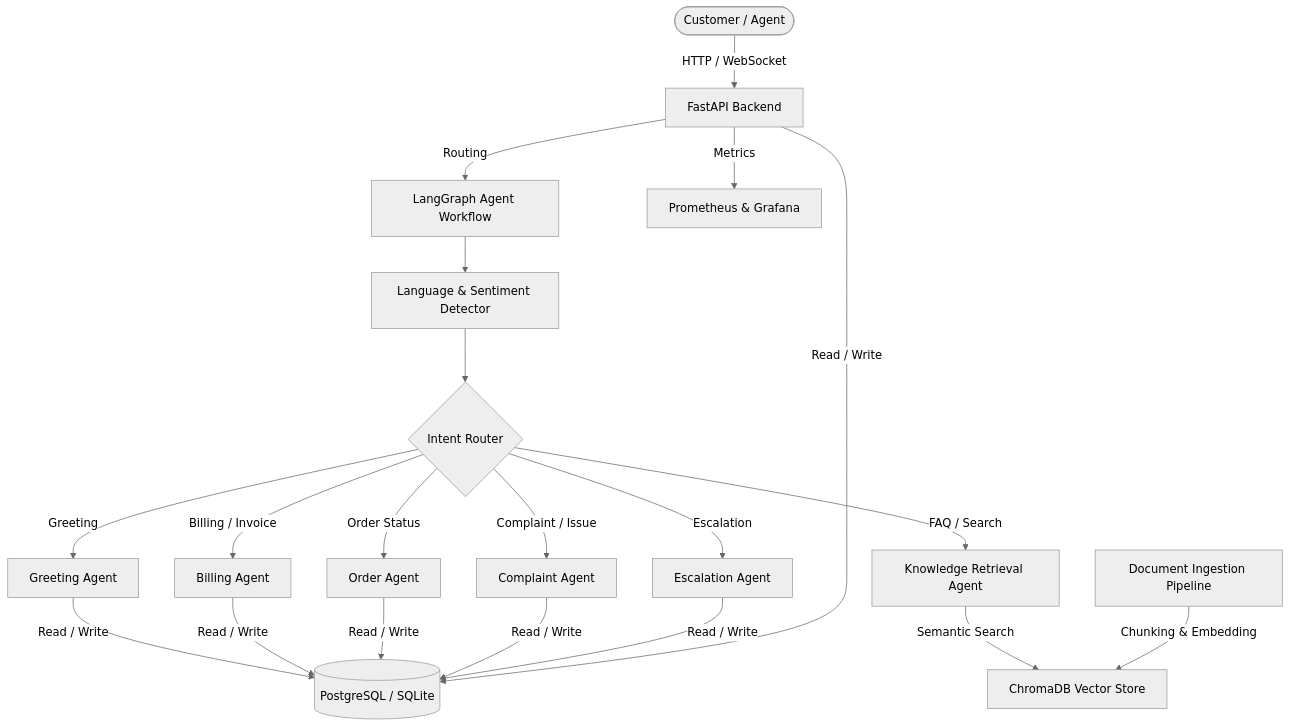
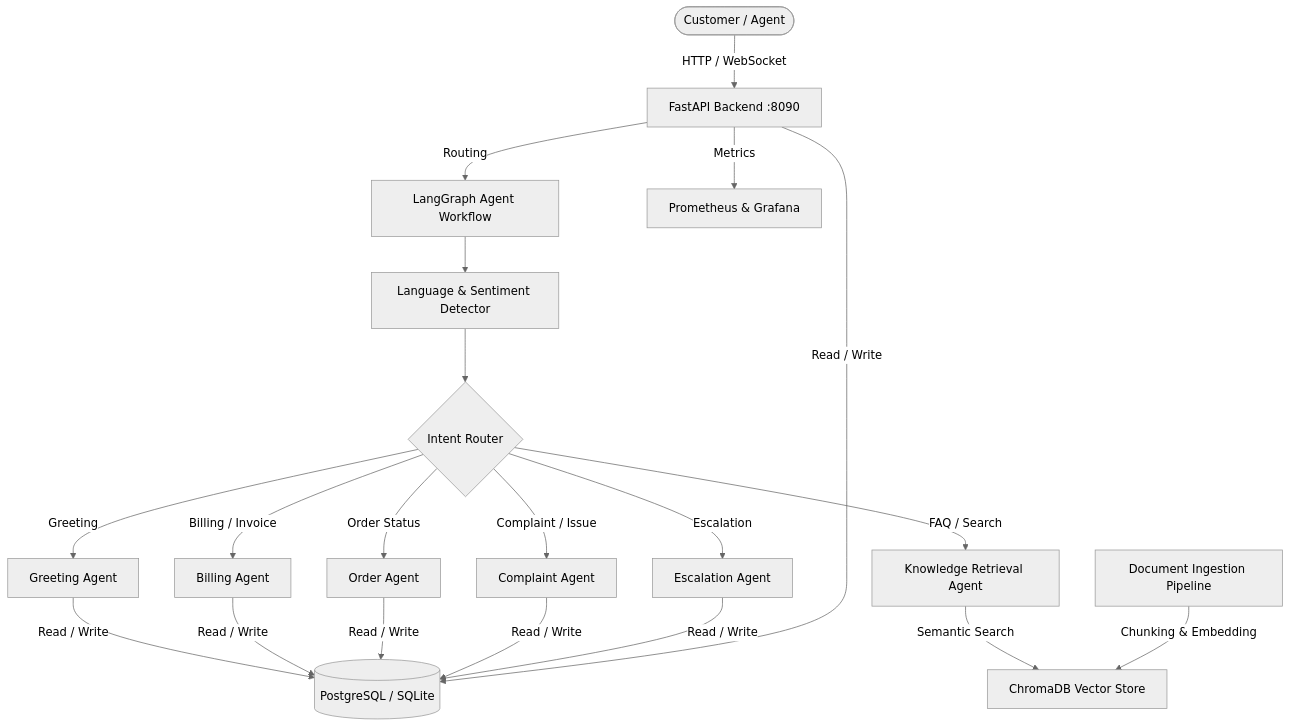
The diagram in README.md (mars01hash/Bangla-AI-Customer-Support), drawn with Mermaid (neutral theme) before and after one commit. The commit also changed other lines of this file and 24 other files, not shown here.

````diff
--- a/README.md
+++ b/README.md
@@ -9,26 +9,26 @@
 ```mermaid
 graph TD
-    User([Customer / Agent]) -->|HTTP / WebSocket| API[FastAPI Backend]
+    User([Customer / Agent]) -->|HTTP / WebSocket| API[FastAPI Backend :8090]
     API -->|Routing| Router[LangGraph Agent Workflow]
-    
+
     %% LangGraph Agents
     Router --> LanguageDetector[Language & Sentiment Detector]
     LanguageDetector --> RouteNode{Intent Router}
     RouteNode -->|Greeting| GreetingAgent[Greeting Agent]
     RouteNode -->|FAQ / Search| KnowledgeAgent[Knowledge Retrieval Agent]
     RouteNode -->|Billing / Invoice| BillingAgent[Billing Agent]
     RouteNode -->|Order Status| OrderAgent[Order Agent]
     RouteNode -->|Complaint / Issue| ComplaintAgent[Complaint Agent]
     RouteNode -->|Escalation| EscalationAgent[Escalation Agent]
-    
+
     %% Ingestion & Vector DB
     KnowledgeAgent -->|Semantic Search| Chroma[ChromaDB Vector Store]
     DocUpload[Document Ingestion Pipeline] -->|Chunking & Embedding| Chroma
-    
+
     %% Main DB
-    GreetingAgent & BillingAgent & OrderAgent & ComplaintAgent & EscalationAgent -->|Read / Write| PostgreSQL[(PostgreSQL / SQLite)]
-    API -->|Read / Write| PostgreSQL
-    
+    GreetingAgent & BillingAgent & OrderAgent & ComplaintAgent & EscalationAgent -->|Read / Write| DB[(PostgreSQL / SQLite)]
+    API -->|Read / Write| DB
+
     %% Monitoring
     API -->|Metrics| Prometheus[Prometheus & Grafana]
 ```
````
